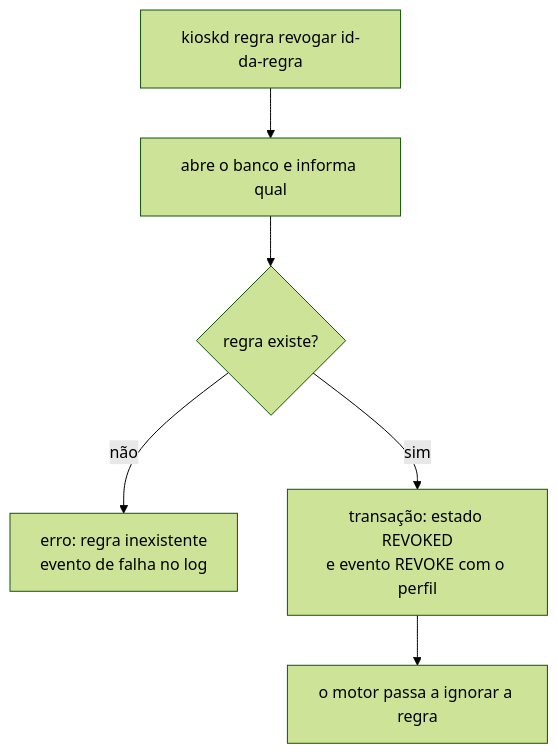
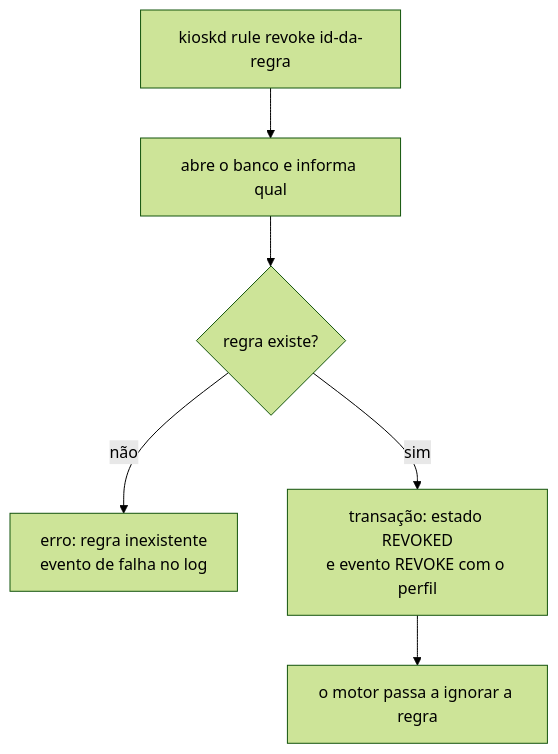
Diagram 15 of 28 in docs/architecture/fluxos-dos-comandos.md (jefersonlop3s/kiosk-engine), drawn with Mermaid (forest theme) before and after one commit. The commit also changed other lines of this file and 43 other files, not shown here.

````diff
--- a/docs/architecture/fluxos-dos-comandos.md
+++ b/docs/architecture/fluxos-dos-comandos.md
@@ -229,8 +229,8 @@
 ```mermaid
 flowchart TD
-    A["kioskd regra revogar id-da-regra"] --> B["abre o banco e informa qual"]
+    A["kioskd rule revoke id-da-regra"] --> B["abre o banco e informa qual"]
     B --> C{"regra existe?"}
     C -->|não| E["erro: regra inexistente<br/>evento de falha no log"]
     C -->|sim| D["transação: estado REVOKED<br/>e evento REVOKE com o perfil"]
     D --> F["o motor passa a ignorar a regra"]
 ```
````
